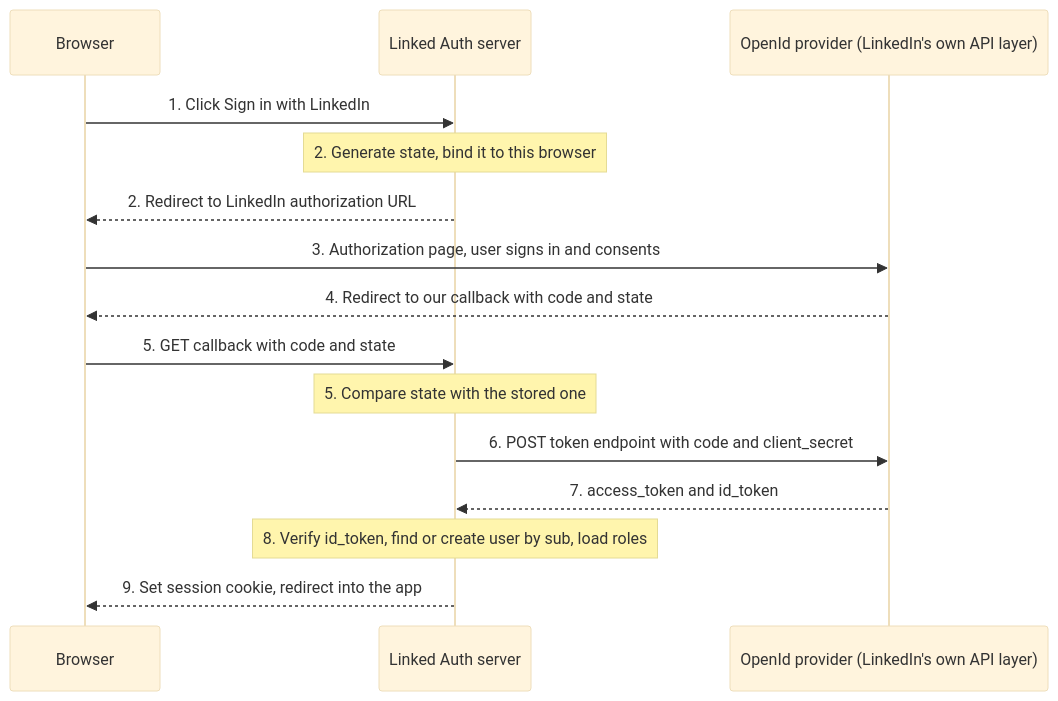
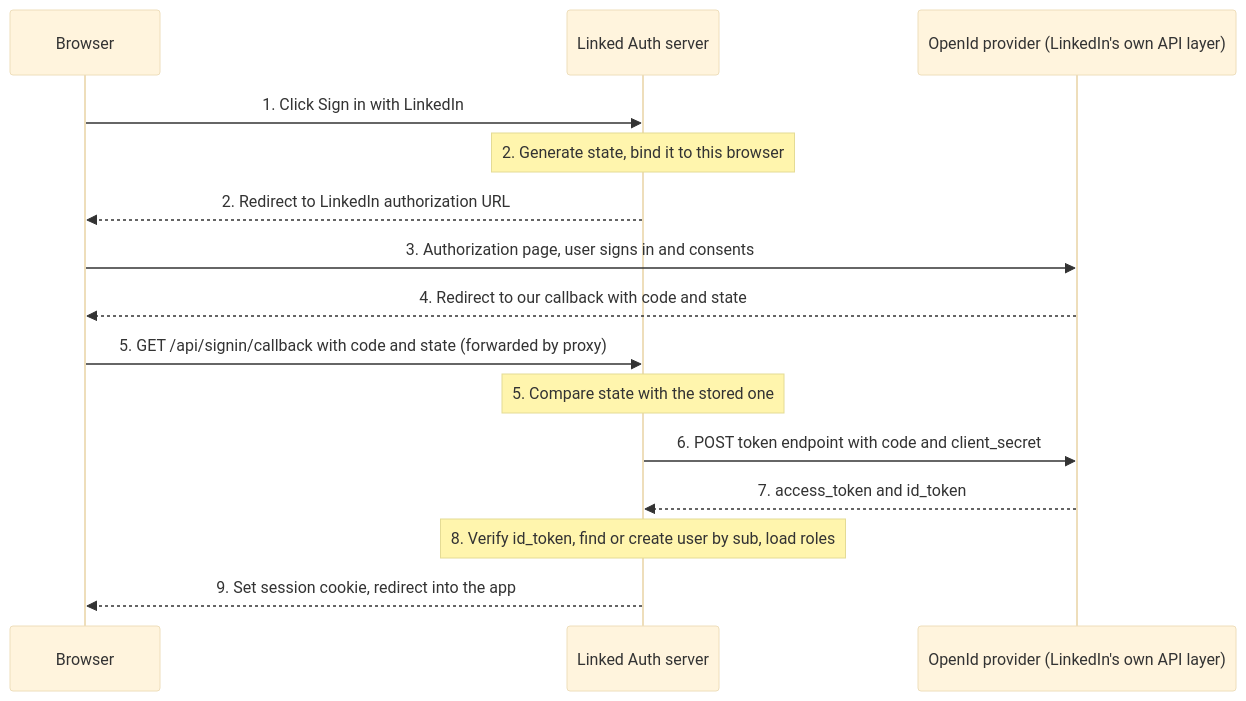
One commit to abt-bara/LinkedIn-Profile-Rating changed the diagram in docs/LinkedIn-auth-flow.md. Above: the diagram before and after it, drawn with Mermaid (base theme). The commit also changed other lines of this file and 12 other files, not shown here.

````diff
--- a/docs/LinkedIn-auth-flow.md
+++ b/docs/LinkedIn-auth-flow.md
@@ -18,18 +18,18 @@
 ```mermaid
 sequenceDiagram
     participant B as Browser
     participant A as Linked Auth server
     participant L as OpenId provider (LinkedIn's own API layer)
 
     B->>A: 1. Click Sign in with LinkedIn
     Note over A: 2. Generate state, bind it to this browser
     A-->>B: 2. Redirect to LinkedIn authorization URL
     B->>L: 3. Authorization page, user signs in and consents
     L-->>B: 4. Redirect to our callback with code and state
-    B->>A: 5. GET callback with code and state
+    B->>A: 5. GET /api/signin/callback with code and state (forwarded by proxy)
     Note over A: 5. Compare state with the stored one
     A->>L: 6. POST token endpoint with code and client_secret
     L-->>A: 7. access_token and id_token
     Note over A: 8. Verify id_token, find or create user by sub, load roles
     A-->>B: 9. Set session cookie, redirect into the app
 ```
````
